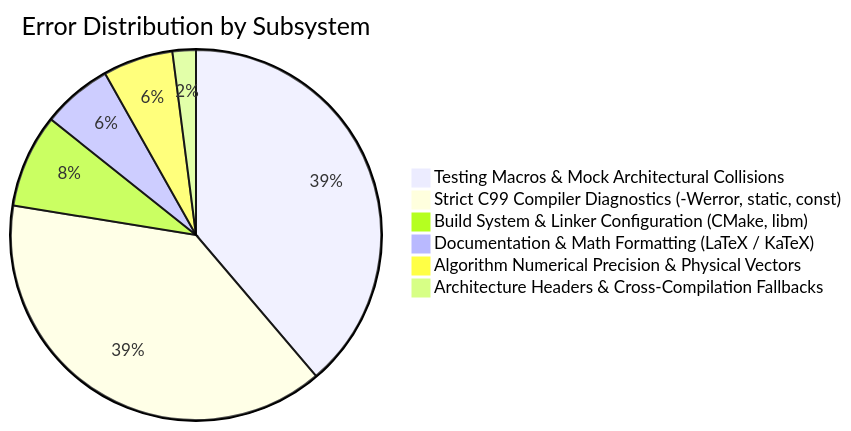
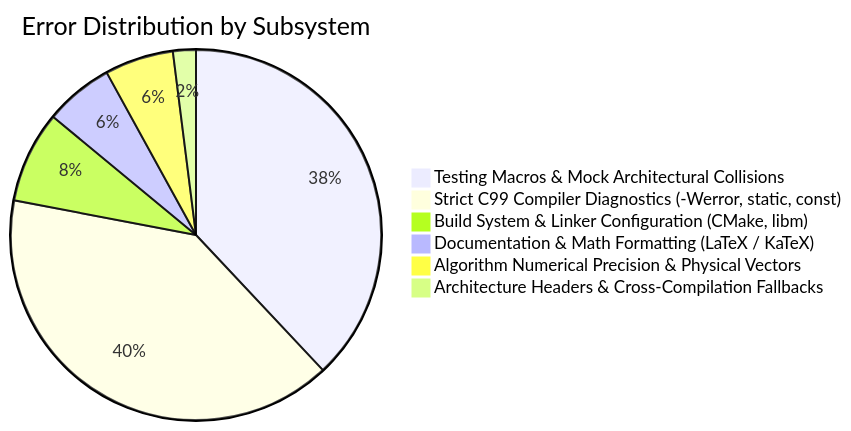
The diagram in context/errors/README.md (Thejus26/rain-predict), drawn with Mermaid before and after one commit. The commit also changed other lines of this file and 2 other files, not shown here.

Commit message:
fix(tests): resolve ERR-050 replace undeclared STATUS_ERR_I2C_BUS and fix unity assertion in test_fault_injection

````diff
--- a/context/errors/README.md
+++ b/context/errors/README.md
@@ -65,9 +66,9 @@
 ```mermaid
 pie title Error Distribution by Subsystem
     "Testing Macros & Mock Architectural Collisions" : 19
-    "Strict C99 Compiler Diagnostics (-Werror, static, const)" : 19
+    "Strict C99 Compiler Diagnostics (-Werror, static, const)" : 20
     "Build System & Linker Configuration (CMake, libm)" : 4
     "Documentation & Math Formatting (LaTeX / KaTeX)" : 3
     "Algorithm Numerical Precision & Physical Vectors" : 3
     "Architecture Headers & Cross-Compilation Fallbacks" : 1
 ```
````
